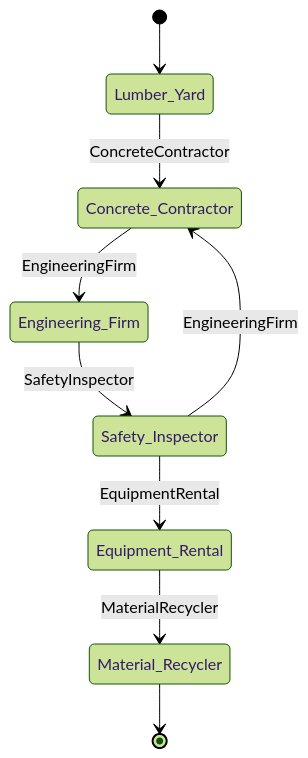
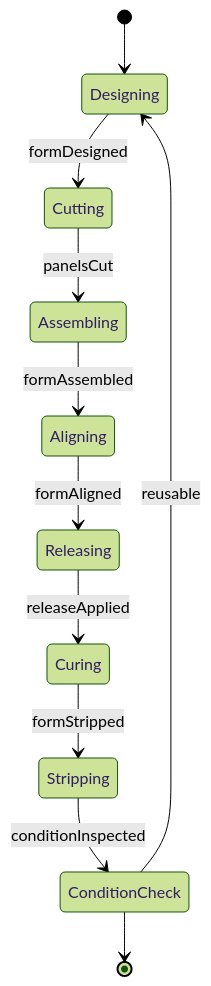
One commit to dot-org-ai/tasks.org.ai changed the second of 4 diagrams in HandlingAndMovingObjects/AssembleProductsOrWorkAids/BuildConstructionFormsMolds.mdx. Above: the diagram before and after it, drawn with Mermaid (forest theme). The commit also changed other lines of this file and 515 other files, not shown here.

````diff
--- a/HandlingAndMovingObjects/AssembleProductsOrWorkAids/BuildConstructionFormsMolds.mdx
+++ b/HandlingAndMovingObjects/AssembleProductsOrWorkAids/BuildConstructionFormsMolds.mdx
@@ -101,11 +99,13 @@
 ```mermaid
 stateDiagram-v2
-    [*] --> Lumber_Yard
-    Lumber_Yard --> Concrete_Contractor: ConcreteContractor
-    Concrete_Contractor --> Engineering_Firm: EngineeringFirm
-    Engineering_Firm --> Safety_Inspector: SafetyInspector
-    Safety_Inspector --> Equipment_Rental: EquipmentRental
-    Equipment_Rental --> Material_Recycler: MaterialRecycler
-    Safety_Inspector --> Concrete_Contractor: EngineeringFirm
-    Material_Recycler --> [*]
+    [*] --> Designing
+    Designing --> Cutting : formDesigned
+    Cutting --> Assembling : panelsCut
+    Assembling --> Aligning : formAssembled
+    Aligning --> Releasing : formAligned
+    Releasing --> Curing : releaseApplied
+    Curing --> Stripping : formStripped
+    Stripping --> ConditionCheck : conditionInspected
+    ConditionCheck --> Designing : reusable
+    ConditionCheck --> [*]
 ```
````
